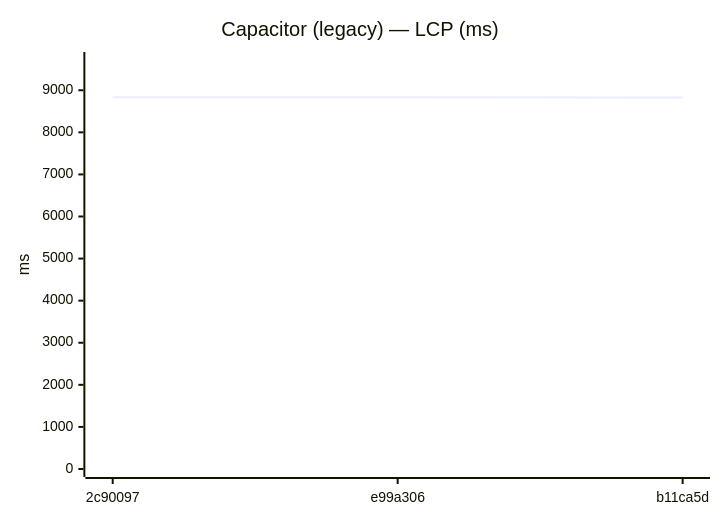
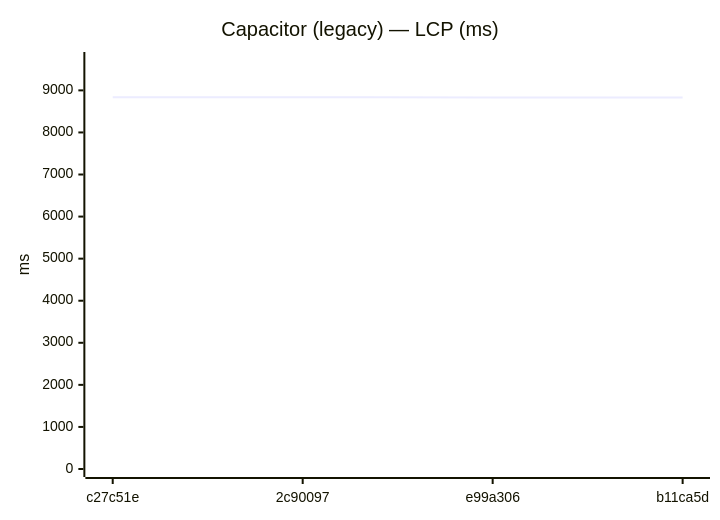
Before and after one commit to Metaheurist/Rianell: the fifth of 24 diagrams in benchmarks/compare.md, drawn with Mermaid. The commit also changed other lines of this file and 12 other files, not shown here.

````diff
--- a/benchmarks/compare.md
+++ b/benchmarks/compare.md
@@ -63,7 +66,7 @@
 ```mermaid
 xychart-beta
     title "Capacitor (legacy) — LCP (ms)"
-    x-axis ["2c90097", "e99a306", "b11ca5d"]
-    y-axis "ms" 0 --> 9719
-    line [8835, 8833, 8830]
+    x-axis ["c27c51e", "2c90097", "e99a306", "b11ca5d"]
+    y-axis "ms" 0 --> 9722
+    line [8838, 8835, 8833, 8830]
 ```
````
